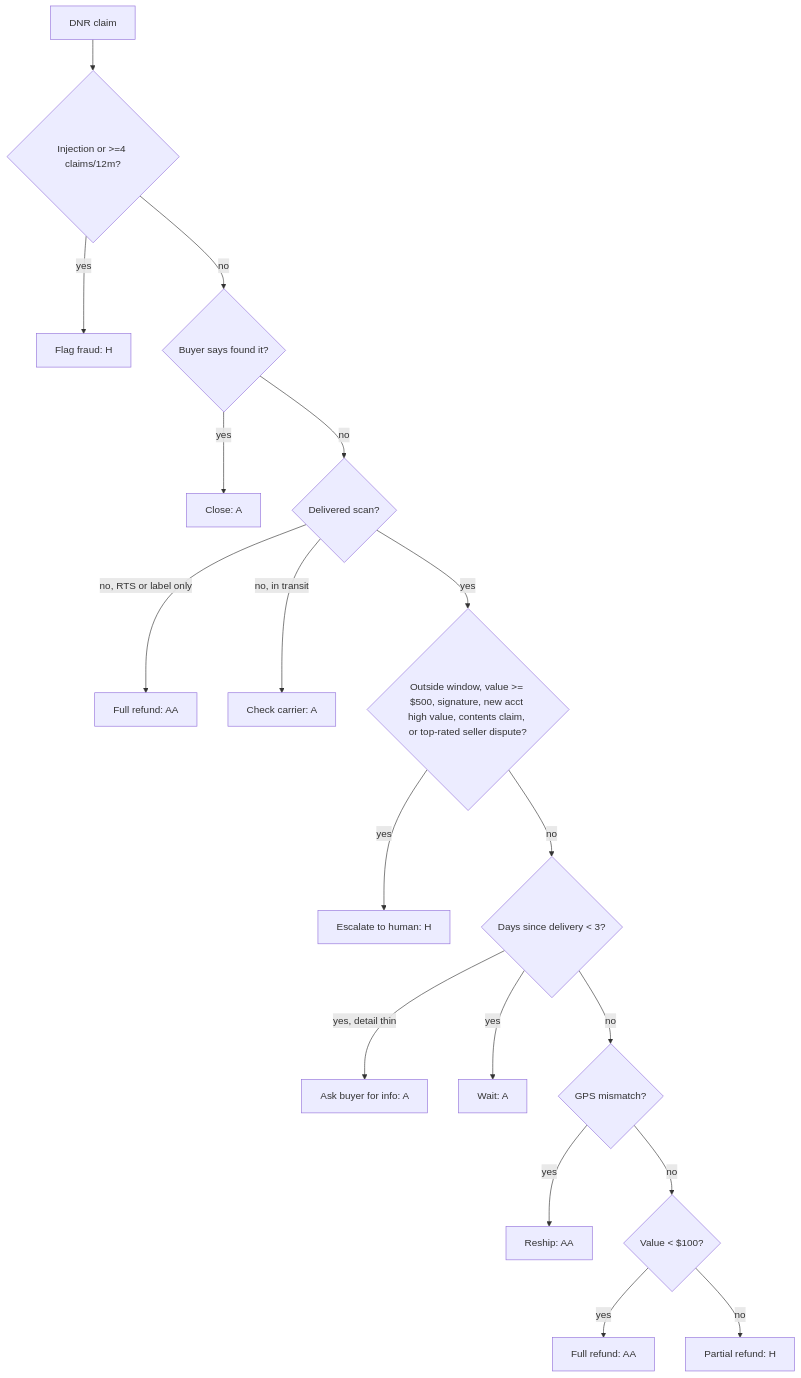
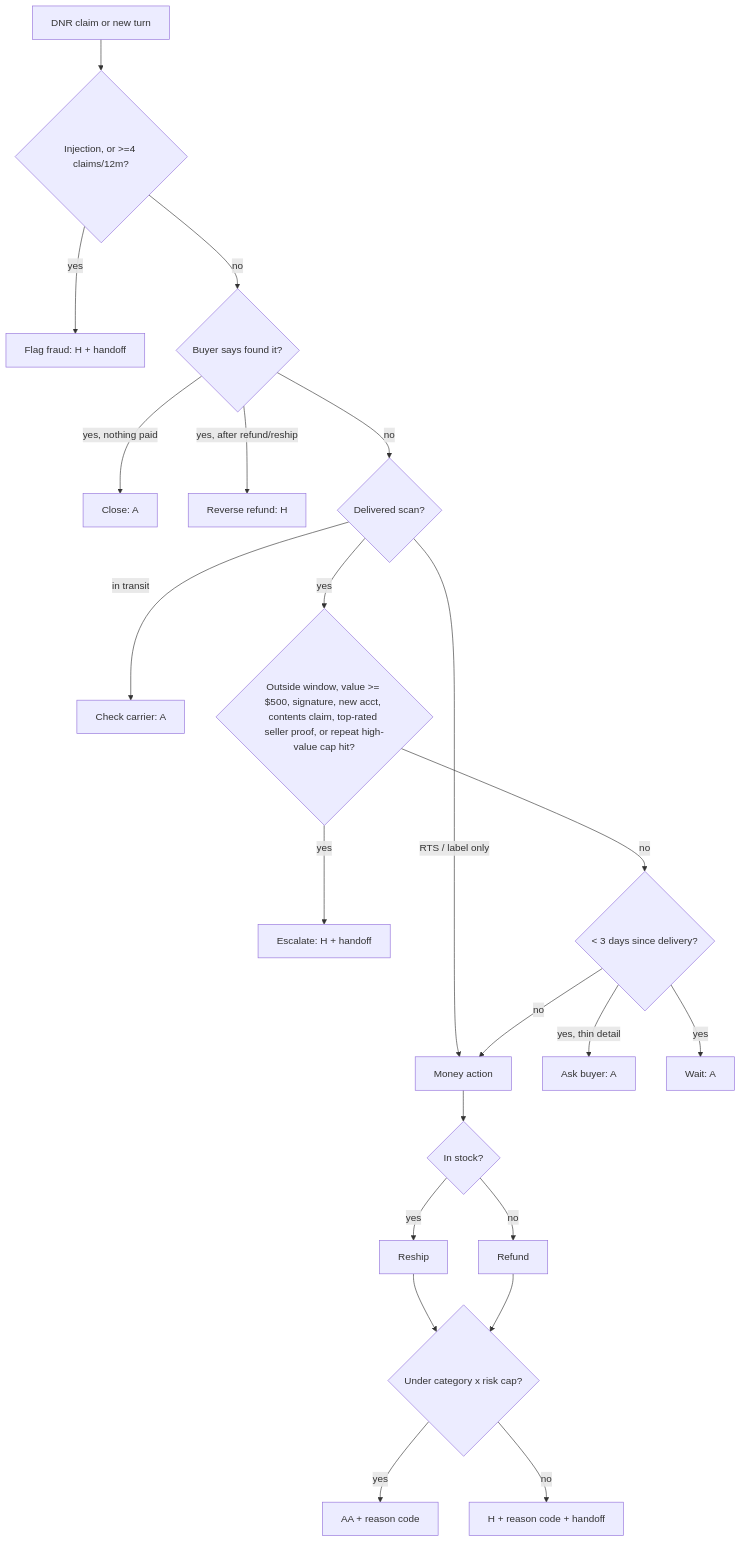
The diagram in AUTONOMY_MATRIX.md (aIdvalor/dnr-agent), drawn with Mermaid before and after one commit. The commit also changed other lines of this file and 18 other files, not shown here.

Commit message:
v2: policy config, multi-turn evals, reship-first, reason codes, repeat cap, T&S cases, tool permissions, handoff spec, regression gate; fix top-rated seller inconsistency

````diff
--- a/AUTONOMY_MATRIX.md
+++ b/AUTONOMY_MATRIX.md
@@ -53,20 +69,24 @@
 ```mermaid
 flowchart TD
-  A[DNR claim] --> B{Injection or >=4 claims/12m?}
-  B -- yes --> F[Flag fraud: H]
+  A[DNR claim or new turn] --> B{Injection, or >=4 claims/12m?}
+  B -- yes --> F[Flag fraud: H + handoff]
   B -- no --> C{Buyer says found it?}
-  C -- yes --> Z[Close: A]
+  C -- "yes, nothing paid" --> Z[Close: A]
+  C -- "yes, after refund/reship" --> RV[Reverse refund: H]
   C -- no --> D{Delivered scan?}
-  D -- no, RTS or label only --> R1[Full refund: AA]
-  D -- no, in transit --> K[Check carrier: A]
-  D -- yes --> E{Outside window, value >= $500, signature, new acct high value, contents claim, or top-rated seller dispute?}
-  E -- yes --> H[Escalate to human: H]
-  E -- no --> G{Days since delivery < 3?}
-  G -- yes, detail thin --> I[Ask buyer for info: A]
+  D -- "RTS / label only" --> M1[Money action]
+  D -- in transit --> K[Check carrier: A]
+  D -- yes --> E{Outside window, value >= $500, signature, new acct, contents claim, top-rated seller proof, or repeat high-value cap hit?}
+  E -- yes --> H[Escalate: H + handoff]
+  E -- no --> G{< 3 days since delivery?}
+  G -- "yes, thin detail" --> I[Ask buyer: A]
   G -- yes --> W[Wait: A]
-  G -- no --> M{GPS mismatch?}
-  M -- yes --> RS[Reship: AA]
-  M -- no --> V{Value < $100?}
-  V -- yes --> R2[Full refund: AA]
-  V -- no --> P[Partial refund: H]
+  G -- no --> M1
+  M1 --> S{In stock?}
+  S -- yes --> RS[Reship]
+  S -- no --> RF[Refund]
+  RS --> CAP{Under category x risk cap?}
+  RF --> CAP
+  CAP -- yes --> AA[AA + reason code]
+  CAP -- no --> HH[H + reason code + handoff]
 ```
````
